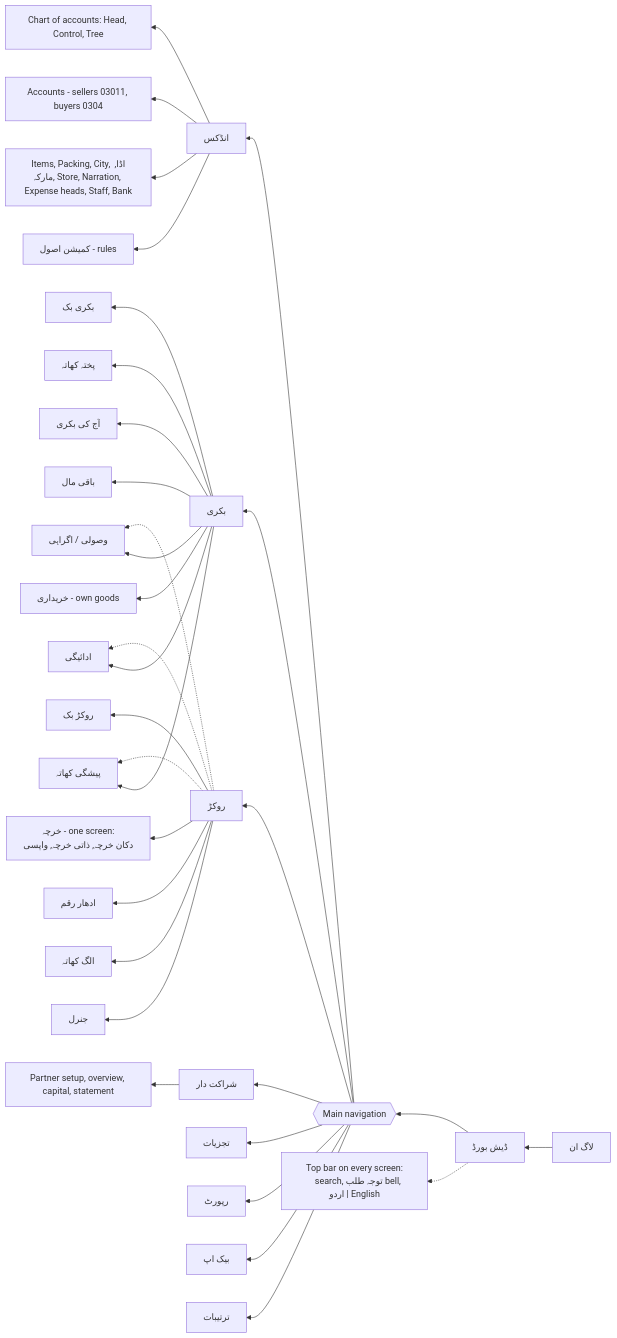
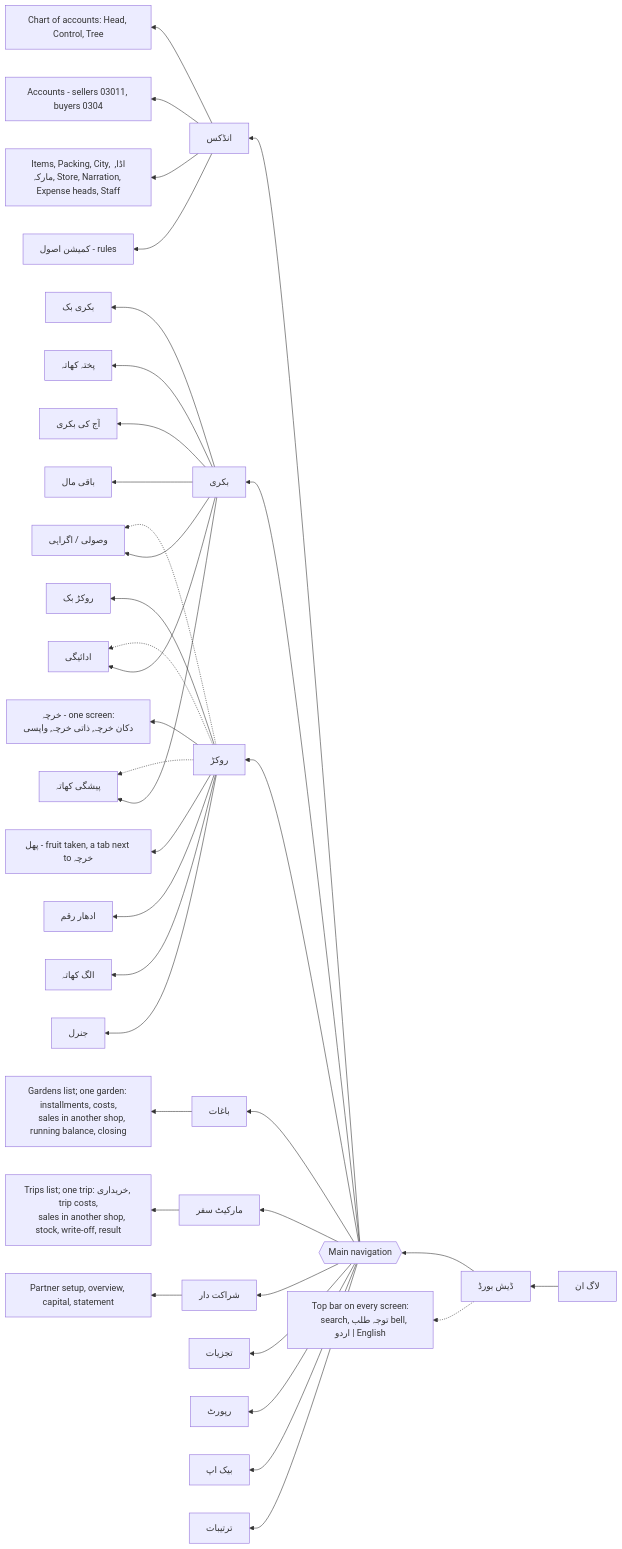
Before and after one commit to FaisalHanif12/Fruits-Mandi-Software: the sixth of 26 diagrams in .claude/rules/Architecture_v1.md, drawn with Mermaid. The commit also changed other lines of this file and 17 other files, not shown here.

````diff
--- a/.claude/rules/Architecture_v1.md
+++ b/.claude/rules/Architecture_v1.md
@@ -208,40 +208,46 @@
 ```mermaid
 flowchart RL
     LOGIN["لاگ ان"] --> DASH["ڈیش بورڈ"]
     DASH --> NAV{{"Main navigation"}}
     NAV --> IDX["انڈکس"]
     NAV --> BIK["بکری"]
     NAV --> ROK["روکڑ"]
+    NAV --> GRD["باغات"]
+    NAV --> TRP["مارکیٹ سفر"]
     NAV --> PRT["شراکت دار"]
     NAV --> ANL["تجزیات"]
     NAV --> REP["رپورٹ"]
     NAV --> BAK["بیک اپ"]
     NAV --> SET["ترتیبات"]
     DASH -.-> TOP["Top bar on every screen:
     search, توجہ طلب bell, اردو | English"]
 
     IDX --> IDX1["Chart of accounts: Head, Control, Tree"]
     IDX --> IDX2["Accounts - sellers 03011, buyers 0304"]
-    IDX --> IDX3["Items, Packing, City, اڈا, مارکہ, Store, Narration, Expense heads, Staff, Bank"]
+    IDX --> IDX3["Items, Packing, City, اڈا, مارکہ, Store, Narration, Expense heads, Staff"]
     IDX --> IDX4["کمیشن اصول - rules"]
 
     BIK --> B1["بکری بک"]
     BIK --> B3["وصولی / اگراہی"]
     BIK --> B4["ادائیگی"]
     BIK --> B5["پیشگی کھاتہ"]
     BIK --> B6["پختہ کھاتہ"]
     BIK --> B7["آج کی بکری"]
     BIK --> B8["باقی مال"]
-    BIK --> B9["خریداری - own goods"]
+    GRD --> G1["Gardens list; one garden: installments, costs,
+    sales in another shop, running balance, closing"]
+    TRP --> T1["Trips list; one trip: خریداری, trip costs,
+    sales in another shop, stock, write-off, result"]
     PRT --> P1["Partner setup, overview, capital, statement"]
 
     ROK --> R1["روکڑ بک"]
     ROK --> R2["خرچہ - one screen:
     دکان خرچہ, ذاتی خرچہ, واپسی"]
+    ROK --> R6["پھل - fruit taken, a tab next to خرچہ"]
     ROK --> R3["ادھار رقم"]
     ROK --> R5["الگ کھاتہ"]
     ROK --> R4["جنرل"]
     ROK -.-> B3
     ROK -.-> B4
     ROK -.-> B5
 ```
````
